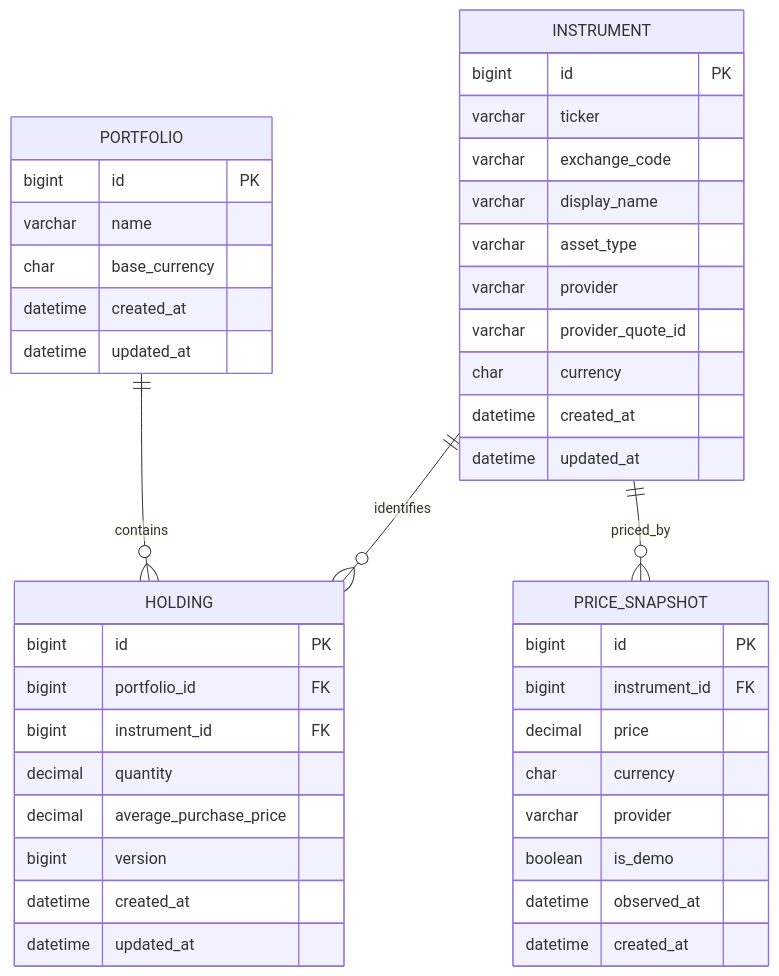
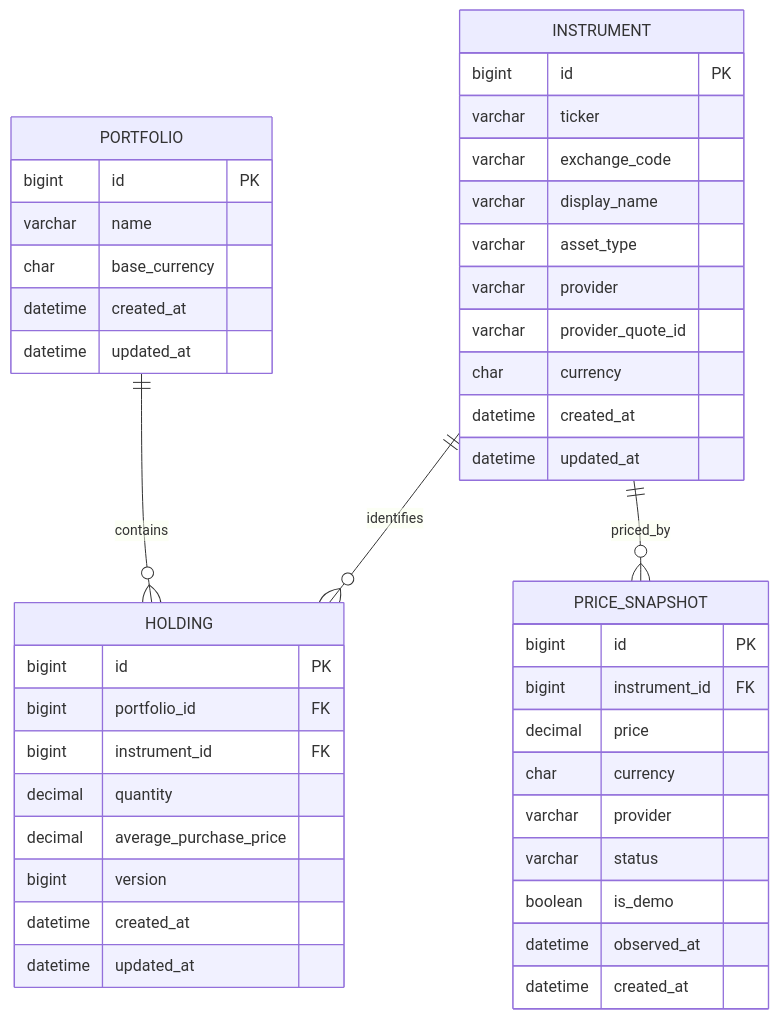
The diagram in docs/guideline/project/database_design_zh.md (wiwiiwiii/HoldHive), drawn with Mermaid before and after one commit. The commit also changed other lines of this file and 41 other files, not shown here.

````diff
--- a/docs/guideline/project/database_design_zh.md
+++ b/docs/guideline/project/database_design_zh.md
@@ -37,49 +37,50 @@
 ```mermaid
 erDiagram
     PORTFOLIO ||--o{ HOLDING : contains
     INSTRUMENT ||--o{ HOLDING : identifies
     INSTRUMENT ||--o{ PRICE_SNAPSHOT : priced_by
 
     PORTFOLIO {
         bigint id PK
         varchar name
         char base_currency
         datetime created_at
         datetime updated_at
     }
 
     INSTRUMENT {
         bigint id PK
         varchar ticker
         varchar exchange_code
         varchar display_name
         varchar asset_type
         varchar provider
         varchar provider_quote_id
         char currency
         datetime created_at
         datetime updated_at
     }
 
     HOLDING {
         bigint id PK
         bigint portfolio_id FK
         bigint instrument_id FK
         decimal quantity
         decimal average_purchase_price
         bigint version
         datetime created_at
         datetime updated_at
     }
 
     PRICE_SNAPSHOT {
         bigint id PK
         bigint instrument_id FK
         decimal price
         char currency
         varchar provider
+        varchar status
         boolean is_demo
         datetime observed_at
         datetime created_at
     }
 ```
````
